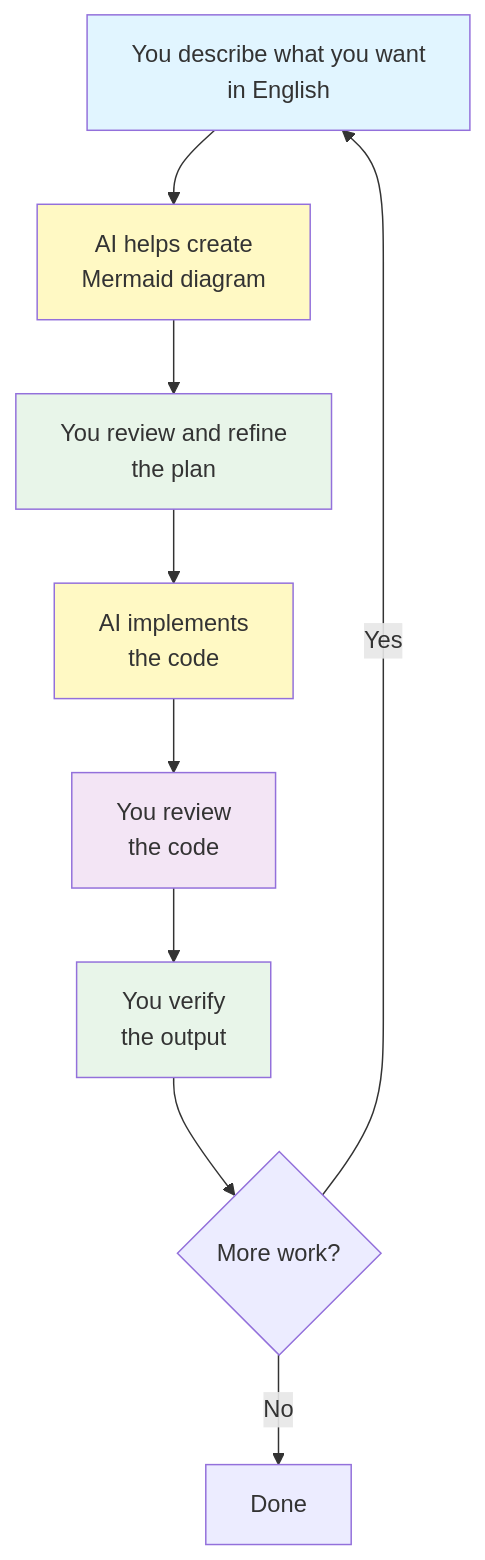
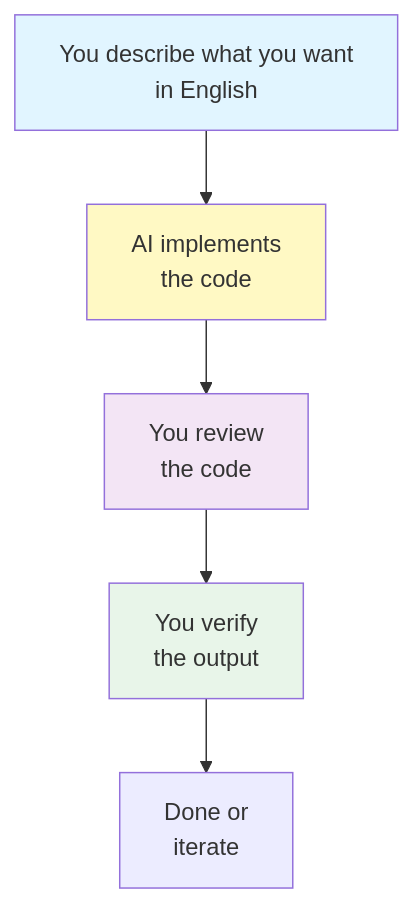
One commit to SuperiorByteWorks-LLC/ag-skills-demo changed the diagram in docs/classes/assignments/01-project-setup-data-acquisition.md. Above: the diagram before and after it, drawn with Mermaid. The commit also changed other lines of this file and 5 other files, not shown here.

````diff
--- a/docs/classes/assignments/01-project-setup-data-acquisition.md
+++ b/docs/classes/assignments/01-project-setup-data-acquisition.md
@@ -49,21 +43,15 @@
 ```mermaid
 flowchart TB
     accTitle: AI-Assisted Development Workflow
     accDescr: How you work with AI in this course
 
-    describe[You describe what you want<br/>in English] --> mermaid[AI helps create<br/>Mermaid diagram]
-    mermaid --> plan[You review and refine<br/>the plan]
-    plan --> implement[AI implements<br/>the code]
+    describe[You describe what you want<br/>in English] --> implement[AI implements<br/>the code]
     implement --> review[You review<br/>the code]
     review --> verify[You verify<br/>the output]
-    verify --> loop{More work?}
-    loop -->|Yes| describe
-    loop -->|No| done[Done]
+    verify --> done[Done or<br/>iterate]
 
     style describe fill:#e1f5ff
-    style mermaid fill:#fff9c4
-    style plan fill:#e8f5e9
     style implement fill:#fff9c4
     style review fill:#f3e5f5
     style verify fill:#e8f5e9
 ```
````
